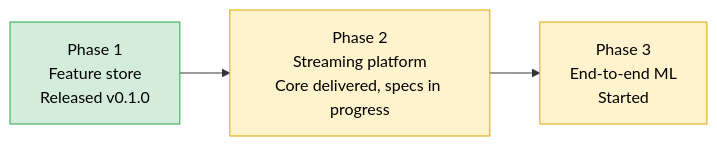
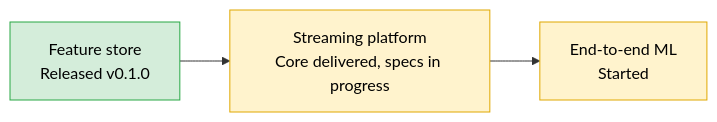
Before and after one commit to oster-dev/featureforge: the ninth of 9 diagrams in ARCHITECTURE.md, drawn with Mermaid. The commit also changed other lines of this file and 10 other files, not shown here.

````diff
--- a/ARCHITECTURE.md
+++ b/ARCHITECTURE.md
@@ -408,11 +408,11 @@
 ```mermaid
 flowchart LR
-    P1[Phase 1<br/>Feature store<br/>Released v0.1.0]:::done
-    P2[Phase 2<br/>Streaming platform<br/>Core delivered, specs in progress]:::wip
-    P3[Phase 3<br/>End-to-end ML<br/>Started]:::wip
+    P1[Feature store<br/>Released v0.1.0]:::done
+    P2[Streaming platform<br/>Core delivered, specs in progress]:::wip
+    P3[End-to-end ML<br/>Started]:::wip
     P1 --> P2 --> P3
 
     classDef done fill:#d4edda,stroke:#28a745,color:#000
     classDef wip fill:#fff3cd,stroke:#e0a800,color:#000
     classDef plan fill:#e2e3e5,stroke:#6c757d,color:#000
 ```
````
